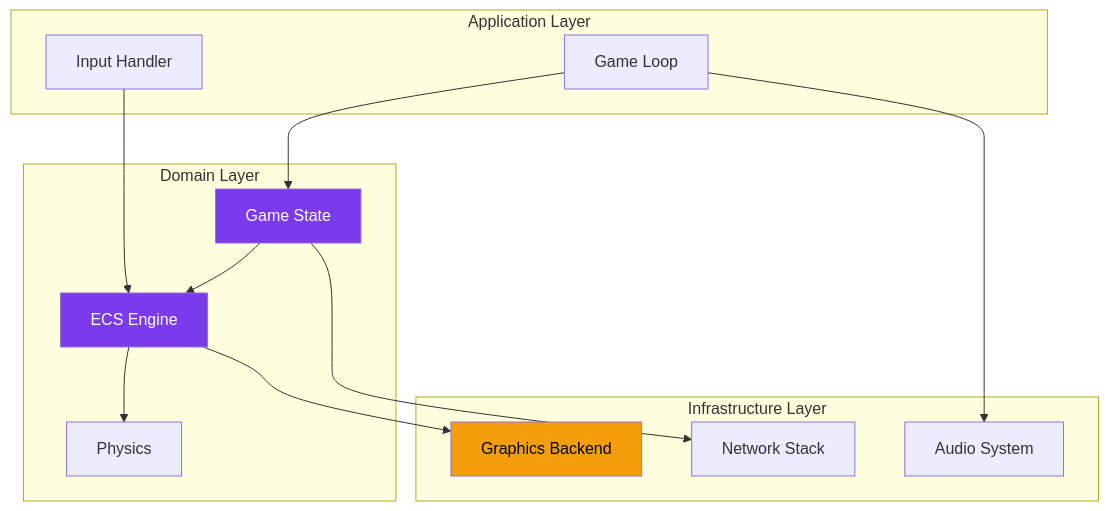
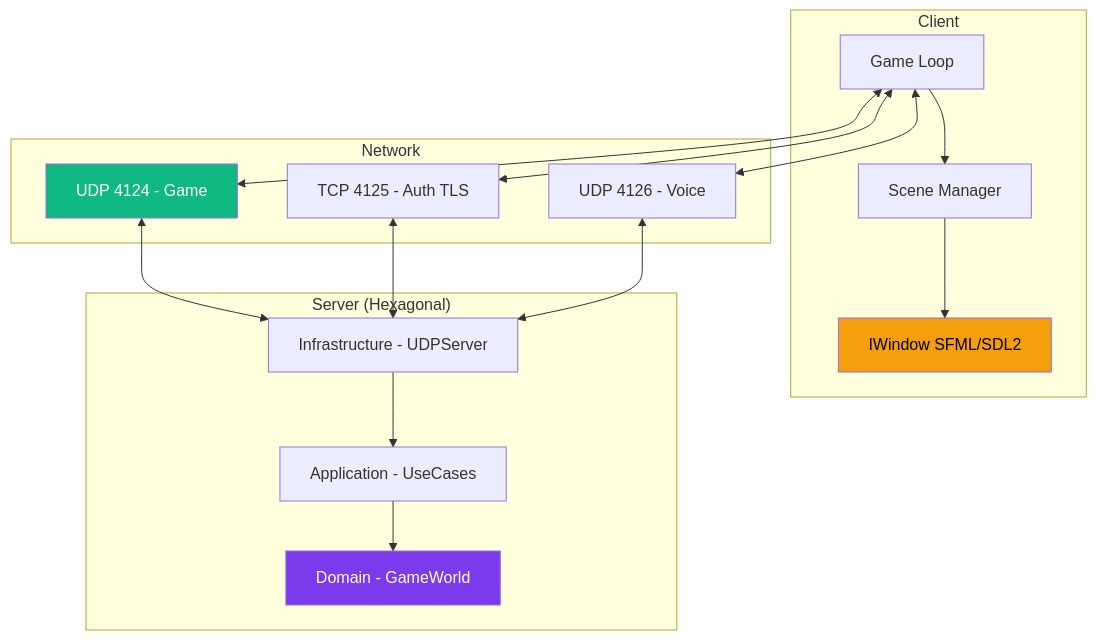
One commit to ChrisG-L/rtype changed the diagram in docs/technique/index.md. Above: the diagram before and after it, drawn with Mermaid. The commit also changed other lines of this file and 29 other files, not shown here.

````diff
--- a/docs/technique/index.md
+++ b/docs/technique/index.md
@@ -47,31 +47,35 @@
 ```mermaid
 graph TB
-    subgraph "Application Layer"
+    subgraph "Client"
         A[Game Loop]
-        B[Input Handler]
+        B[Scene Manager]
+        F[IWindow SFML/SDL2]
     end
 
-    subgraph "Domain Layer"
-        C[Game State]
-        D[ECS Engine]
-        E[Physics]
+    subgraph "Server (Hexagonal)"
+        C[Domain - GameWorld]
+        D[Application - UseCases]
+        G[Infrastructure - UDPServer]
     end
 
-    subgraph "Infrastructure Layer"
-        F[Graphics Backend]
-        G[Network Stack]
-        H[Audio System]
+    subgraph "Network"
+        NET[UDP 4124 - Game]
+        AUTH[TCP 4125 - Auth TLS]
+        VOICE[UDP 4126 - Voice]
     end
 
-    A --> C
-    B --> D
-    C --> D
-    D --> E
-    D --> F
-    C --> G
-    A --> H
+    A --> B
+    B --> F
+    A <--> NET
+    A <--> AUTH
+    A <--> VOICE
+    NET <--> G
+    AUTH <--> G
+    VOICE <--> G
+    G --> D
+    D --> C
 
     style C fill:#7c3aed,color:#fff
-    style D fill:#7c3aed,color:#fff
     style F fill:#f59e0b,color:#000
+    style NET fill:#10b981,color:#fff
 ```
````
